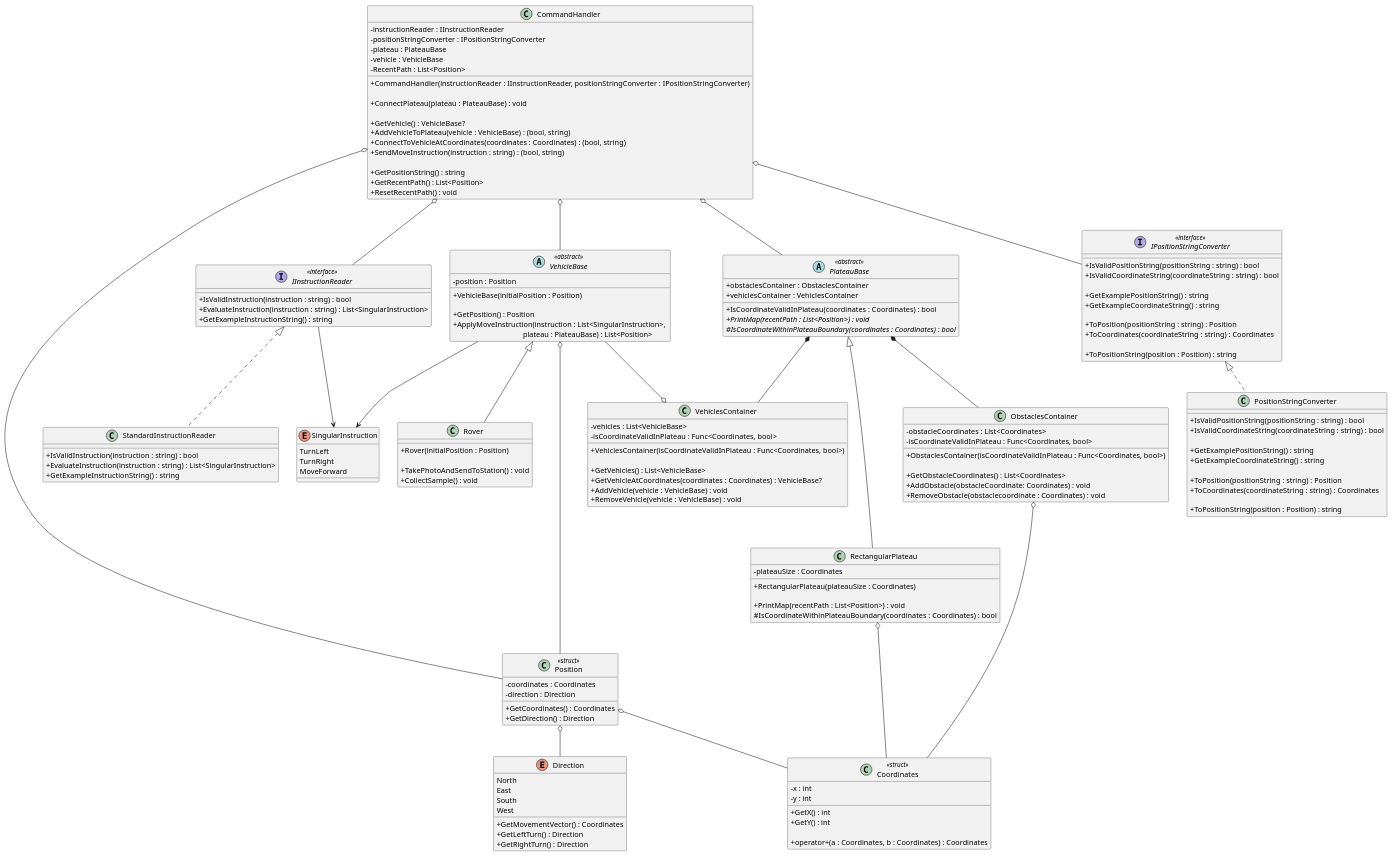
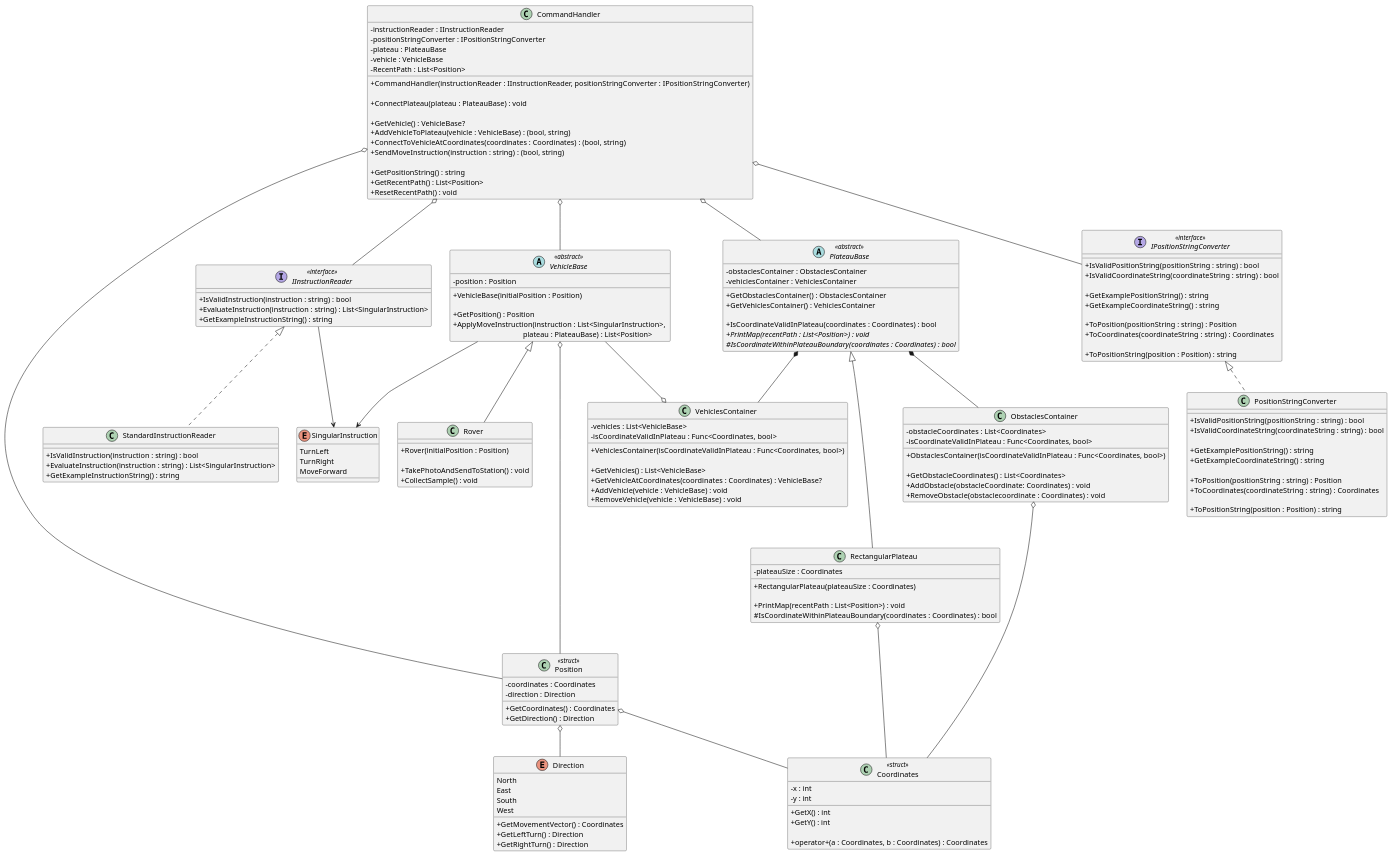
The diagram in diagrams/MarsRoverChallenge.puml (iamfranco/MarsRoverChallenge), drawn with PlantUML before and after one commit. The commit also changed 1 other file, not shown here.

Commit message:
UML: make obstaclesContainer and vehiclesContainer fields private with public getters

```diff
--- a/diagrams/MarsRoverChallenge.puml
+++ b/diagrams/MarsRoverChallenge.puml
@@ -46,8 +46,11 @@
 
 abstract PlateauBase <<abstract>>
 {
-  + obstaclesContainer : ObstaclesContainer
-  + vehiclesContainer : VehiclesContainer
+  - obstaclesContainer : ObstaclesContainer
+  - vehiclesContainer : VehiclesContainer
+
+  + GetObstaclesContainer() : ObstaclesContainer
+  + GetVehiclesContainer() : VehiclesContainer
 
   + IsCoordinateValidInPlateau(coordinates : Coordinates) : bool
   {abstract} + PrintMap(recentPath : List<Position>) : void
```
